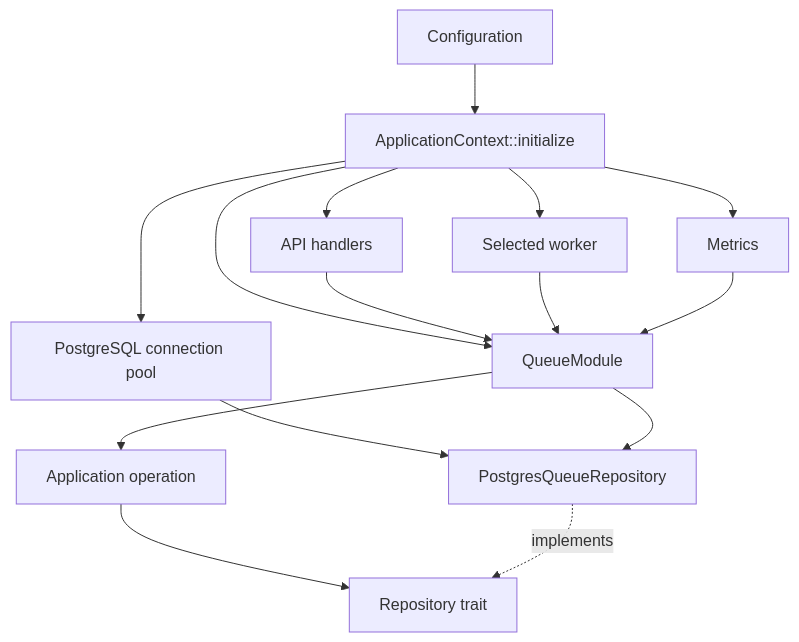
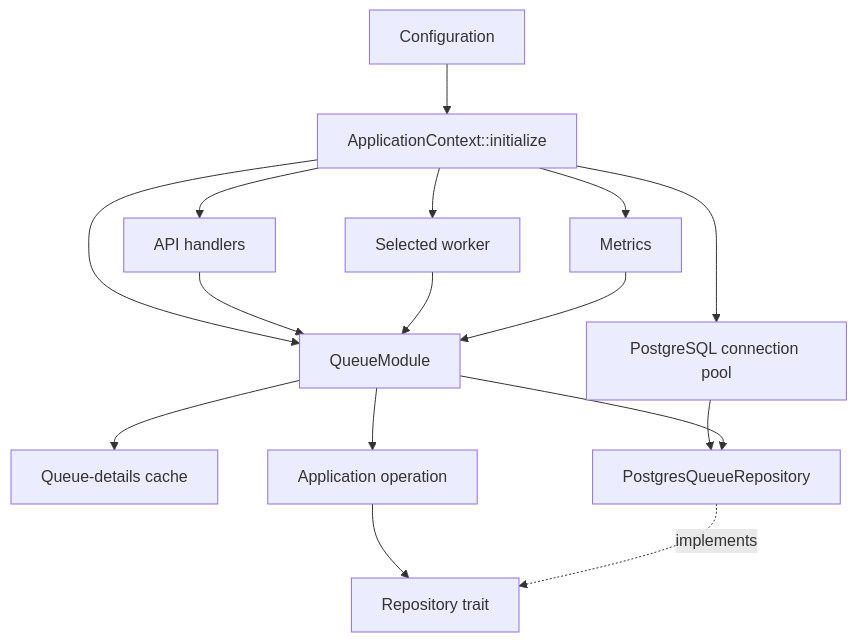
Before and after one commit to karanbalani/retsu: the diagram in docs/codebase-guide.md, drawn with Mermaid. The commit also changed other lines of this file and 37 other files, not shown here.

````diff
--- a/docs/codebase-guide.md
+++ b/docs/codebase-guide.md
@@ -33,17 +36,18 @@
 ```mermaid
 flowchart TD
     Config["Configuration"] --> Context["ApplicationContext::initialize"]
     Context --> Pool["PostgreSQL connection pool"]
     Context --> Metrics["Metrics"]
     Context --> Queue["QueueModule"]
+    Queue --> Cache["Queue-details cache"]
     Context --> API["API handlers"]
     Context --> Worker["Selected worker"]
     API --> Queue
     Worker --> Queue
     Queue --> Operation["Application operation"]
     Pool --> Postgres["PostgresQueueRepository"]
     Metrics --> Queue
     Queue --> Postgres
     Operation --> Contract["Repository trait"]
     Postgres -. "implements" .-> Contract
 ```
````
